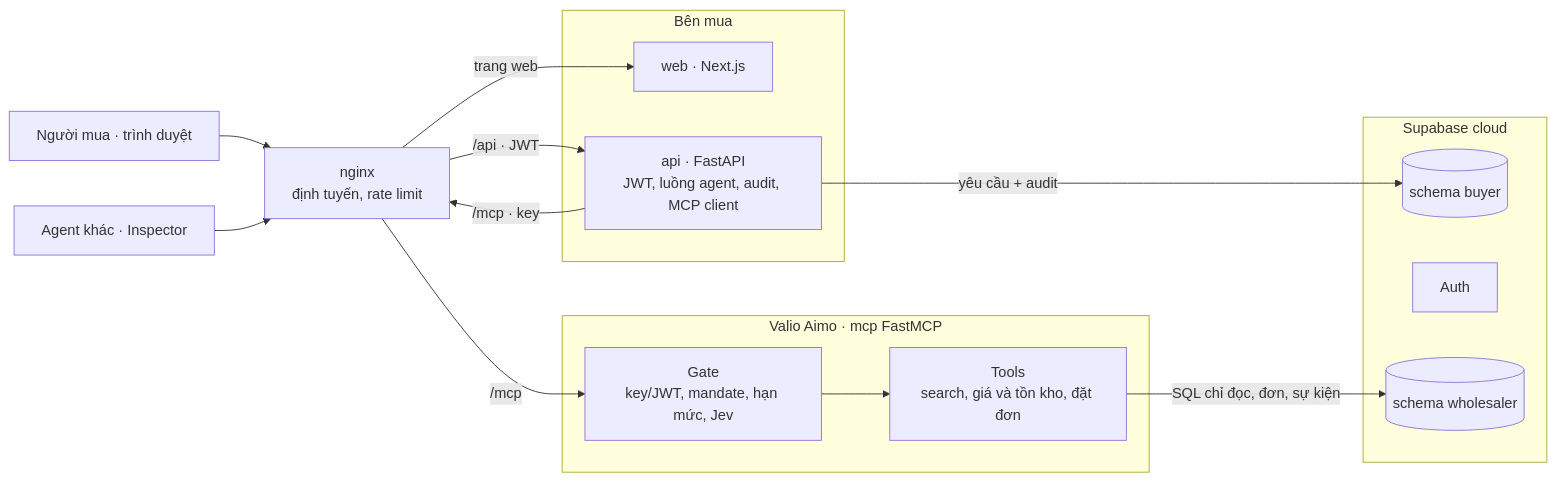
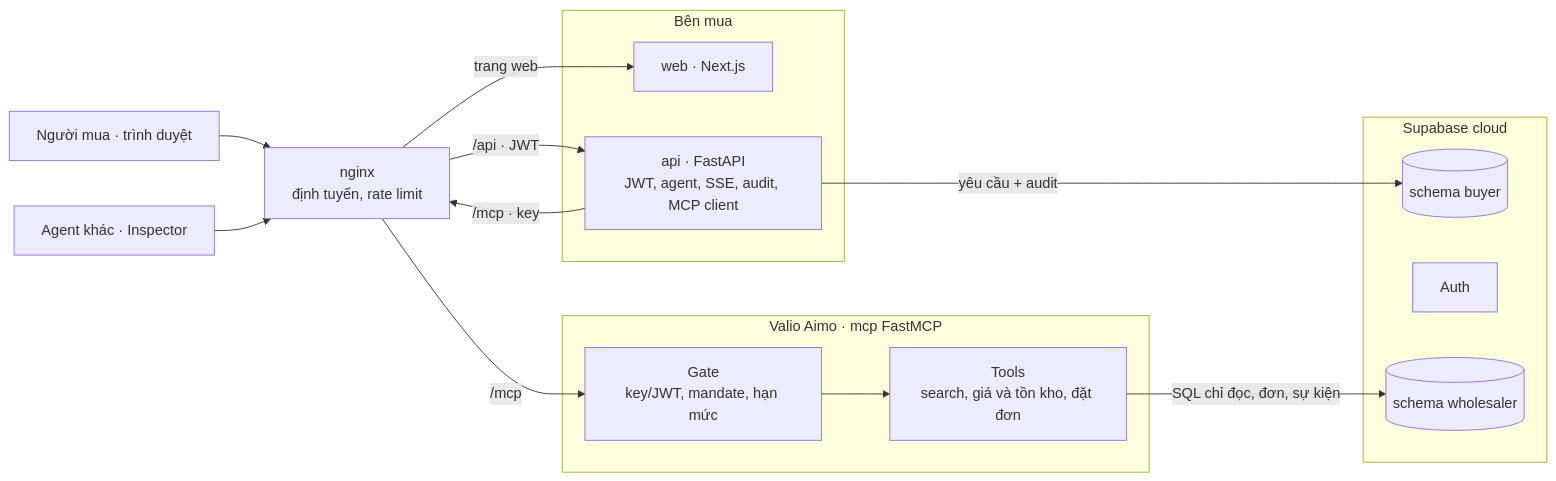
Before and after one commit to buihin2007/TrustedTradeAgents-MathNet-: the diagram in docs/PLAN.md, drawn with Mermaid. The commit also changed other lines of this file and 4 other files, not shown here.

````diff
--- a/docs/PLAN.md
+++ b/docs/PLAN.md
@@ -35,25 +39,25 @@
 ```mermaid
 flowchart LR
   U[Người mua · trình duyệt] --> N
   X[Agent khác · Inspector] --> N
   N[nginx<br/>định tuyến, rate limit]
   subgraph Buyer[Bên mua]
     W[web · Next.js]
-    A[api · FastAPI<br/>JWT, luồng agent, audit, MCP client]
+    A[api · FastAPI<br/>JWT, agent, SSE, audit, MCP client]
   end
   subgraph Seller[Valio Aimo · mcp FastMCP]
-    G[Gate<br/>key/JWT, mandate, hạn mức, Jev]
+    G[Gate<br/>key/JWT, mandate, hạn mức]
     T[Tools<br/>search, giá và tồn kho, đặt đơn]
   end
   subgraph SB[Supabase cloud]
     BS[(schema buyer)]
     AU[Auth]
     WS[(schema wholesaler)]
   end
   N -->|trang web| W
   N -->|/api · JWT| A
   A -->|/mcp · key| N
   N -->|/mcp| G --> T
   A -->|yêu cầu + audit| BS
   T -->|SQL chỉ đọc, đơn, sự kiện| WS
 ```
````
